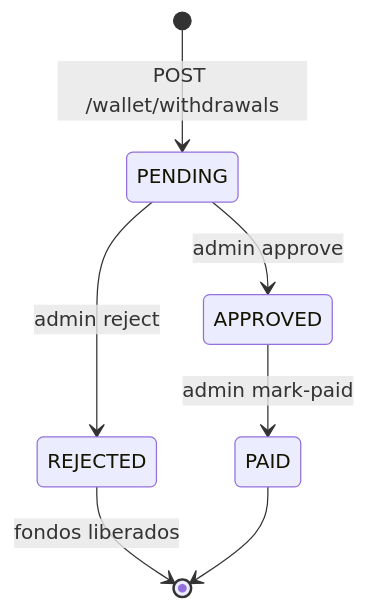
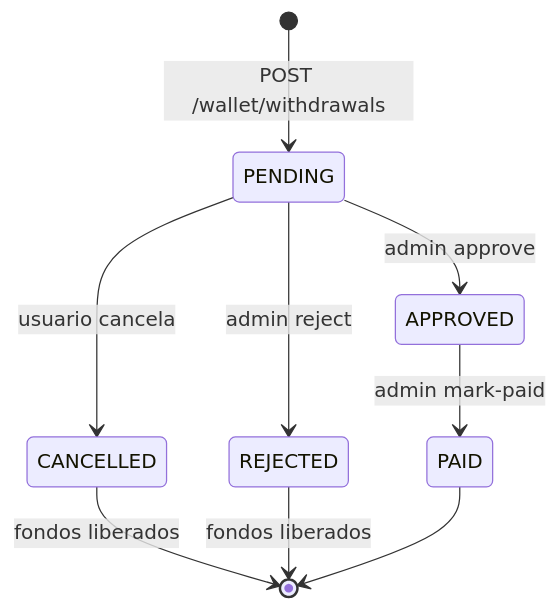
The diagram in docs/WALLET_API.md (stuffsergio/nha-kinhon), drawn with Mermaid before and after one commit. The commit also changed other lines of this file and 14 other files, not shown here.

````diff
--- a/docs/WALLET_API.md
+++ b/docs/WALLET_API.md
@@ -14,9 +14,11 @@
 ```mermaid
 stateDiagram-v2
   [*] --> PENDING: POST /wallet/withdrawals
   PENDING --> APPROVED: admin approve
+  PENDING --> CANCELLED: usuario cancela
   PENDING --> REJECTED: admin reject
+  CANCELLED --> [*]: fondos liberados
   REJECTED --> [*]: fondos liberados
   APPROVED --> PAID: admin mark-paid
   PAID --> [*]
 ```
````
